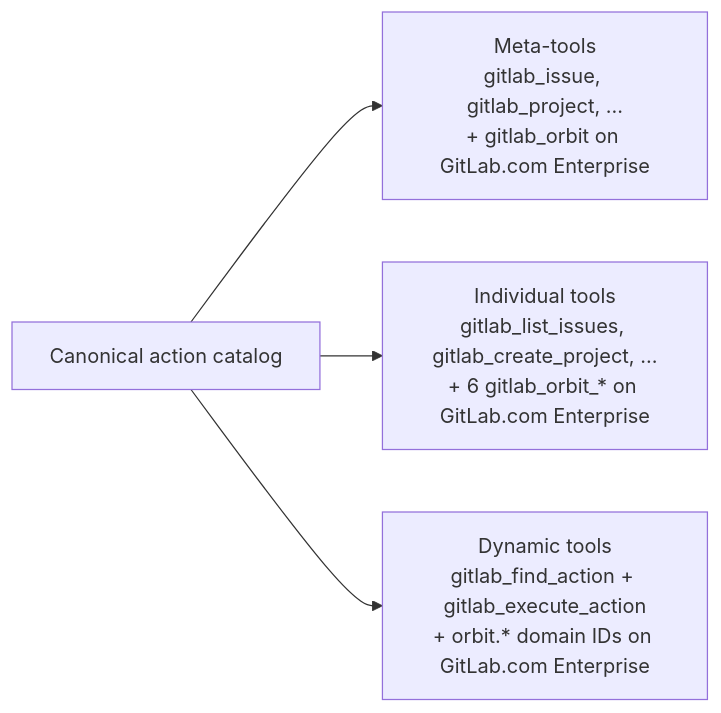
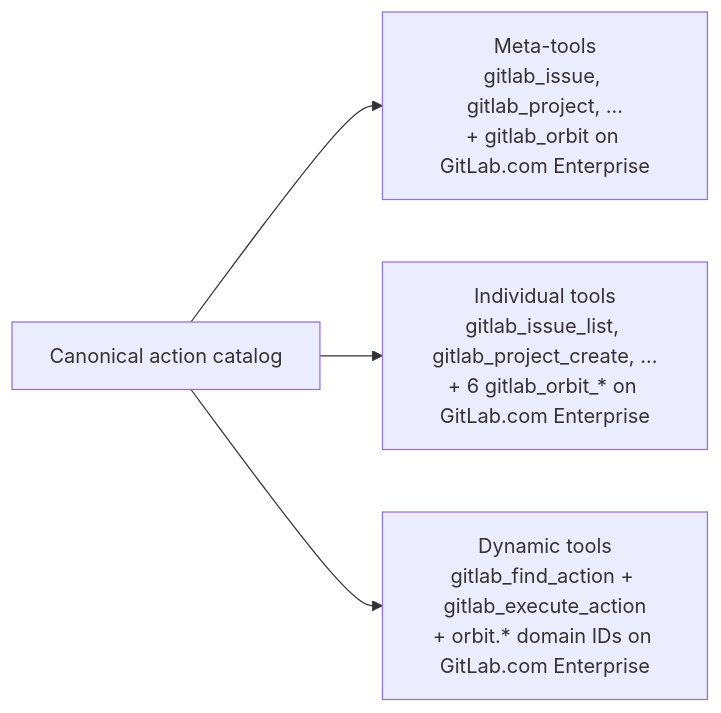
One commit to jmrplens/gitlab-mcp-server changed the fourth of 6 diagrams in site/src/content/docs/architecture.mdx. Above: the diagram before and after it, drawn with Mermaid. The commit also changed other lines of this file and 112 other files, not shown here.

````diff
--- a/site/src/content/docs/architecture.mdx
+++ b/site/src/content/docs/architecture.mdx
@@ -133,6 +133,6 @@
 ```mermaid
 graph LR
     catalog[Canonical action catalog] --> meta["Meta-tools<br/>gitlab_issue, gitlab_project, ...<br/>+ gitlab_orbit on GitLab.com Enterprise"]
-    catalog --> individual["Individual tools<br/>gitlab_list_issues, gitlab_create_project, ...<br/>+ 6 gitlab_orbit_* on GitLab.com Enterprise"]
+    catalog --> individual["Individual tools<br/>gitlab_issue_list, gitlab_project_create, ...<br/>+ 6 gitlab_orbit_* on GitLab.com Enterprise"]
     catalog --> dynamic["Dynamic tools<br/>gitlab_find_action + gitlab_execute_action<br/>+ orbit.* domain IDs on GitLab.com Enterprise"]
 ```
````
